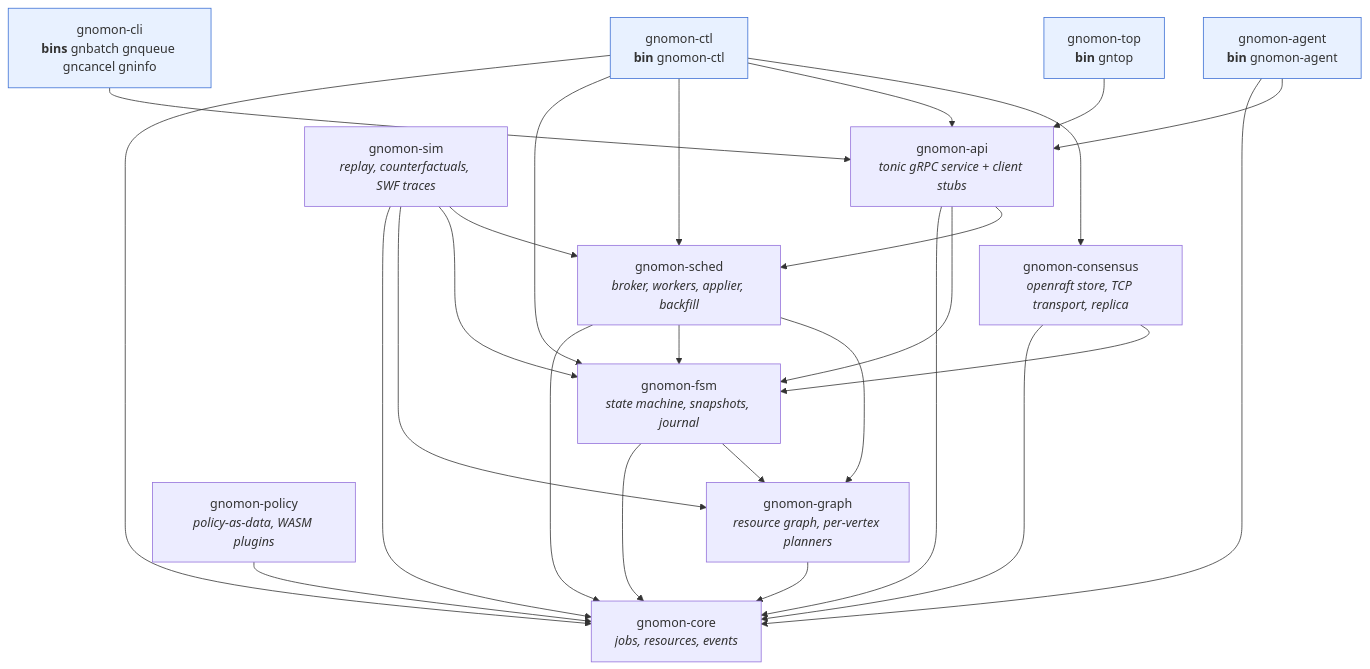
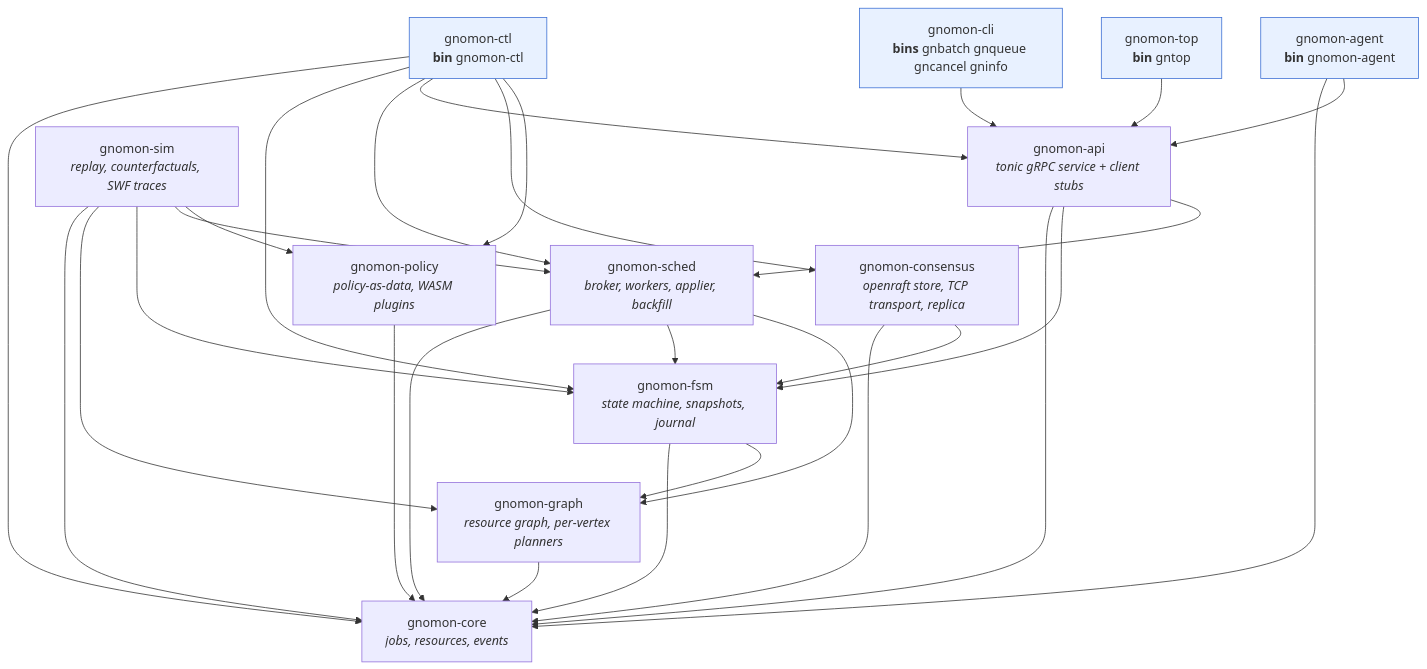
One commit to jasonkolodziej/gnomon changed the second of 8 diagrams in docs/ARCHITECTURE.md. Above: the diagram before and after it, drawn with Mermaid. The commit also changed other lines of this file and 2 other files, not shown here.

Commit message:
docs: record ADR 0002 implementation and document priority plugins

````diff
--- a/docs/ARCHITECTURE.md
+++ b/docs/ARCHITECTURE.md
@@ -55,30 +55,30 @@
 ```mermaid
 flowchart TD
     core["gnomon-core<br/><i>jobs, resources, events</i>"]
     rgraph["gnomon-graph<br/><i>resource graph, per-vertex planners</i>"]
     fsm["gnomon-fsm<br/><i>state machine, snapshots, journal</i>"]
     sched["gnomon-sched<br/><i>broker, workers, applier, backfill</i>"]
     policy["gnomon-policy<br/><i>policy-as-data, WASM plugins</i>"]
     consensus["gnomon-consensus<br/><i>openraft store, TCP transport, replica</i>"]
     api["gnomon-api<br/><i>tonic gRPC service + client stubs</i>"]
     ctl["gnomon-ctl<br/><b>bin</b> gnomon-ctl"]
     agent["gnomon-agent<br/><b>bin</b> gnomon-agent"]
     cli["gnomon-cli<br/><b>bins</b> gnbatch gnqueue gncancel gninfo"]
     top["gnomon-top<br/><b>bin</b> gntop"]
     sim["gnomon-sim<br/><i>replay, counterfactuals, SWF traces</i>"]
 
     rgraph --> core
     fsm --> core & rgraph
     sched --> core & fsm & rgraph
     policy --> core
     consensus --> core & fsm
     api --> core & fsm & sched
-    ctl --> core & fsm & sched & api & consensus
+    ctl --> core & fsm & sched & api & consensus & policy
     agent --> core & api
     cli --> api
     top --> api
-    sim --> core & rgraph & fsm & sched
+    sim --> core & rgraph & fsm & sched & policy
 
     classDef bin fill:#e8f1ff,stroke:#3b6fd4
     class ctl,agent,cli,top bin
 ```
````
